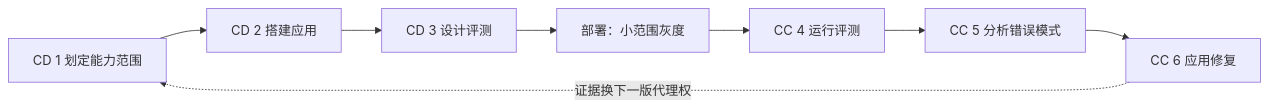
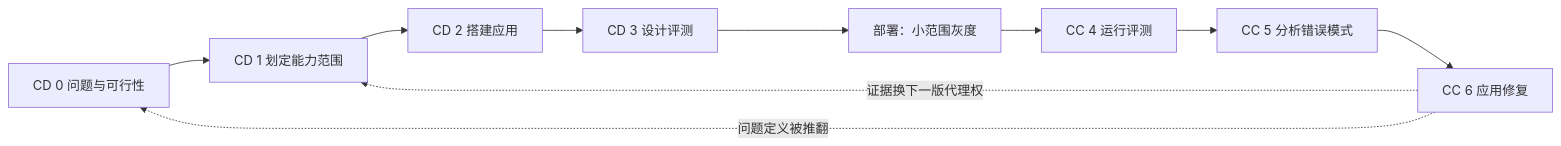
The first of 2 diagrams in docs/pm/ai-lifecycle.md (AI-PM-Wiki/AIPM), drawn with Mermaid before and after one commit. The commit also changed other lines of this file and 248 other files, not shown here.

````diff
--- a/docs/pm/ai-lifecycle.md
+++ b/docs/pm/ai-lifecycle.md
@@ -60,10 +60,12 @@
 ```mermaid
 flowchart LR
-    cd1[CD 1 划定能力范围] --> cd2[CD 2 搭建应用]
+    cd0[CD 0 问题与可行性] --> cd1[CD 1 划定能力范围]
+    cd1 --> cd2[CD 2 搭建应用]
     cd2 --> cd3[CD 3 设计评测]
     cd3 --> deploy[部署：小范围灰度]
     deploy --> cc4[CC 4 运行评测]
     cc4 --> cc5[CC 5 分析错误模式]
     cc5 --> cc6[CC 6 应用修复]
     cc6 -. 证据换下一版代理权 .-> cd1
+    cc6 -. 问题定义被推翻 .-> cd0
 ```
````
